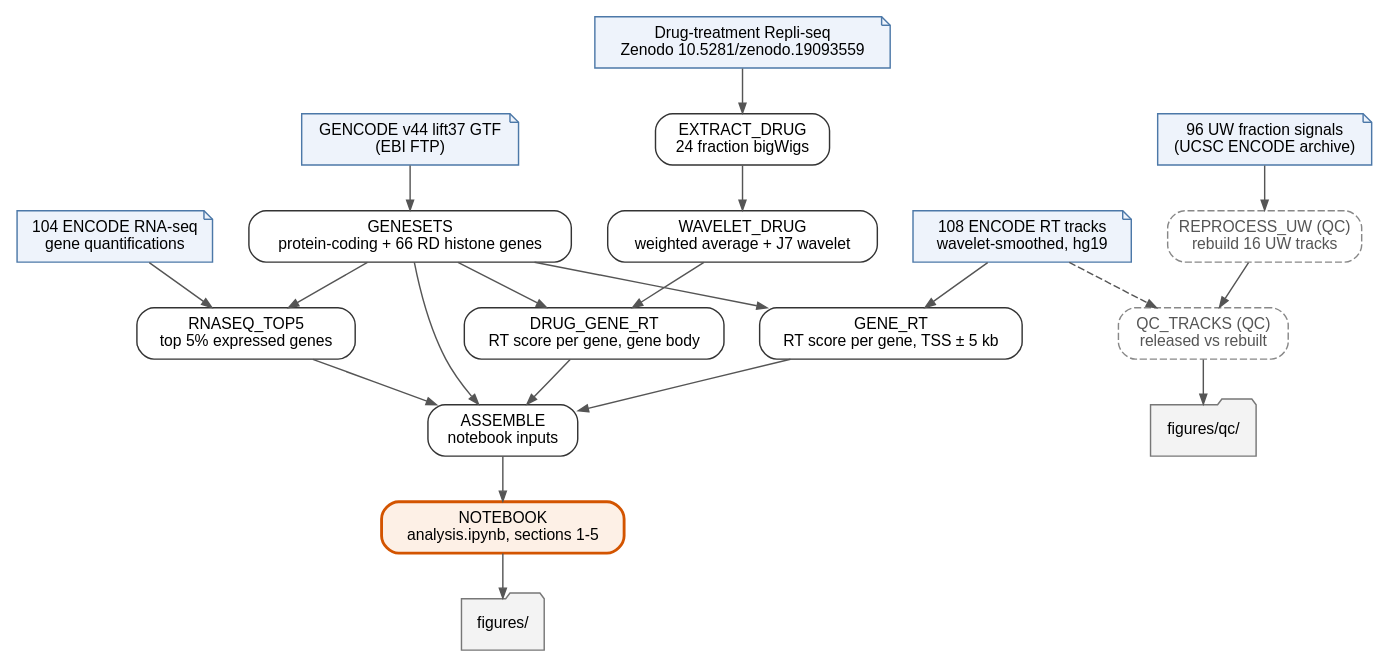
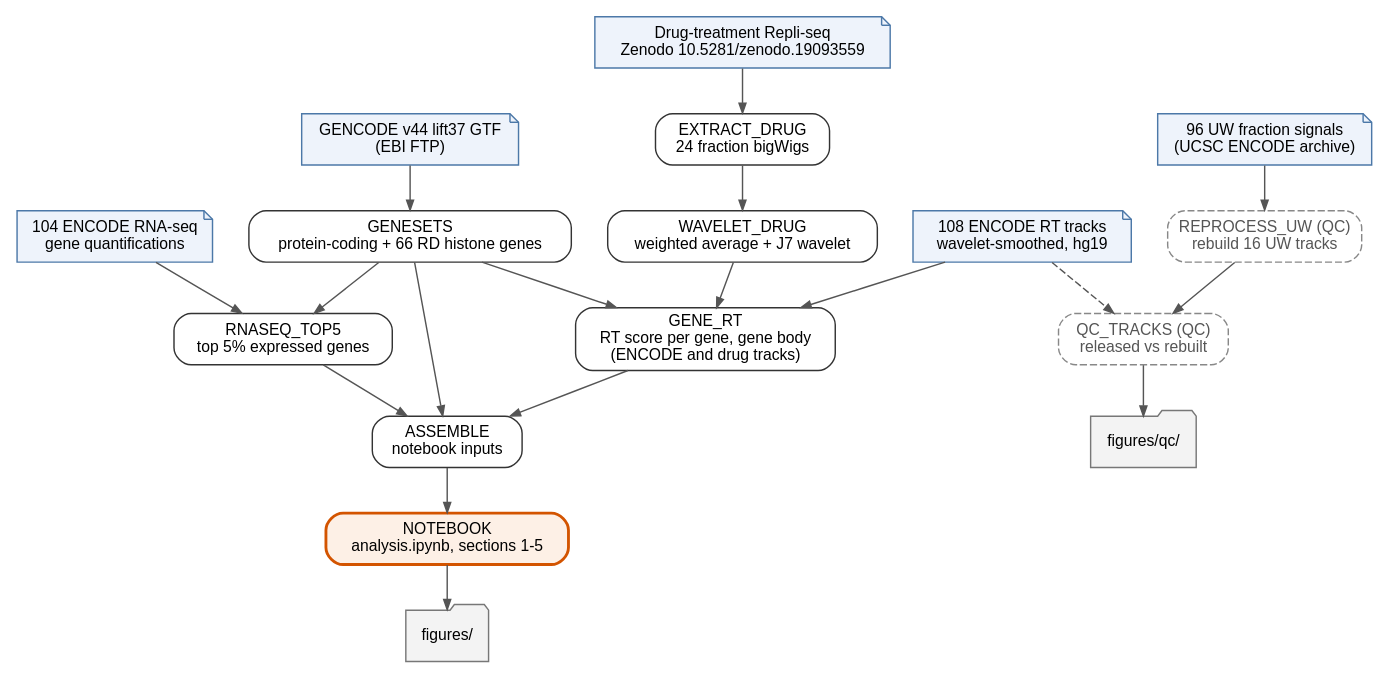
One commit to jacob-greene/hlb-rt-paper changed the diagram in docs/pipeline.dot. Above: the diagram before and after it, drawn with Graphviz. The commit also changed 25 other files, not shown here.

First line of the commit message:
Score every gene over its gene body; one RT script for all tracks

```diff
--- a/docs/pipeline.dot
+++ b/docs/pipeline.dot
@@ -1,40 +1,39 @@
 // Pipeline structure (processes of pipeline/main.nf). Render: dot -Tpng -Gdpi=150 pipeline.dot -o pipeline.png
 digraph pipeline {
   rankdir=TB; nodesep=0.35; ranksep=0.45;
   node [fontname="Helvetica", fontsize=11];
   edge [color="#555555", arrowsize=0.7];
 
   node [shape=note, style=filled, fillcolor="#eef3fb", color="#4c78a8"];
   gtf  [label="GENCODE v44 lift37 GTF\n(EBI FTP)"];
   rt   [label="108 ENCODE RT tracks\nwavelet-smoothed, hg19"];
   rna  [label="104 ENCODE RNA-seq\ngene quantifications"];
   zen  [label="Drug-treatment Repli-seq\nZenodo 10.5281/zenodo.19093559"];
   uw   [label="96 UW fraction signals\n(UCSC ENCODE archive)"];
 
   node [shape=box, style="rounded,filled", fillcolor="#ffffff", color="#333333"];
   GENESETS     [label="GENESETS\nprotein-coding + 66 RD histone genes"];
-  GENE_RT      [label="GENE_RT\nRT score per gene, TSS ± 5 kb"];
+  GENE_RT      [label="GENE_RT\nRT score per gene, gene body\n(ENCODE and drug tracks)"];
   RNASEQ_TOP5  [label="RNASEQ_TOP5\ntop 5% expressed genes"];
   EXTRACT_DRUG [label="EXTRACT_DRUG\n24 fraction bigWigs"];
   WAVELET_DRUG [label="WAVELET_DRUG\nweighted average + J7 wavelet"];
-  DRUG_GENE_RT [label="DRUG_GENE_RT\nRT score per gene, gene body"];
   ASSEMBLE     [label="ASSEMBLE\nnotebook inputs"];
   NOTEBOOK     [label="NOTEBOOK\nanalysis.ipynb, sections 1-5", style="rounded,filled,bold", fillcolor="#fdf0e6", color="#d35400"];
 
   node [shape=box, style="rounded,dashed", color="#888888", fontcolor="#555555"];
   REPROCESS_UW [label="REPROCESS_UW (QC)\nrebuild 16 UW tracks"];
   QC_TRACKS    [label="QC_TRACKS (QC)\nreleased vs rebuilt"];
 
   node [shape=folder, style=filled, fillcolor="#f3f3f3", color="#777777", fontcolor="#000000"];
   figs [label="figures/"];
   qc   [label="figures/qc/"];
 
   gtf -> GENESETS;
   rt  -> GENE_RT;  GENESETS -> GENE_RT;
   rna -> RNASEQ_TOP5; GENESETS -> RNASEQ_TOP5;
-  zen -> EXTRACT_DRUG -> WAVELET_DRUG -> DRUG_GENE_RT; GENESETS -> DRUG_GENE_RT;
-  GENE_RT -> ASSEMBLE; RNASEQ_TOP5 -> ASSEMBLE; DRUG_GENE_RT -> ASSEMBLE; GENESETS -> ASSEMBLE;
+  zen -> EXTRACT_DRUG -> WAVELET_DRUG -> GENE_RT;
+  GENE_RT -> ASSEMBLE; RNASEQ_TOP5 -> ASSEMBLE; GENESETS -> ASSEMBLE;
   ASSEMBLE -> NOTEBOOK -> figs;
   uw -> REPROCESS_UW -> QC_TRACKS; rt -> QC_TRACKS [style=dashed];
   QC_TRACKS -> qc;
 }
```
